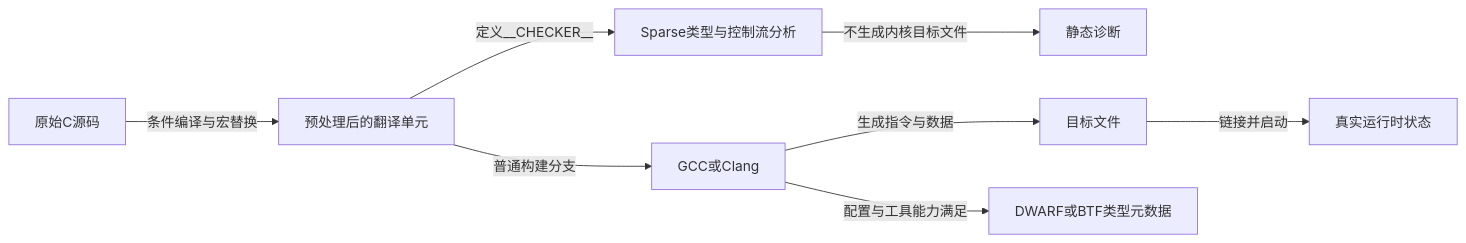
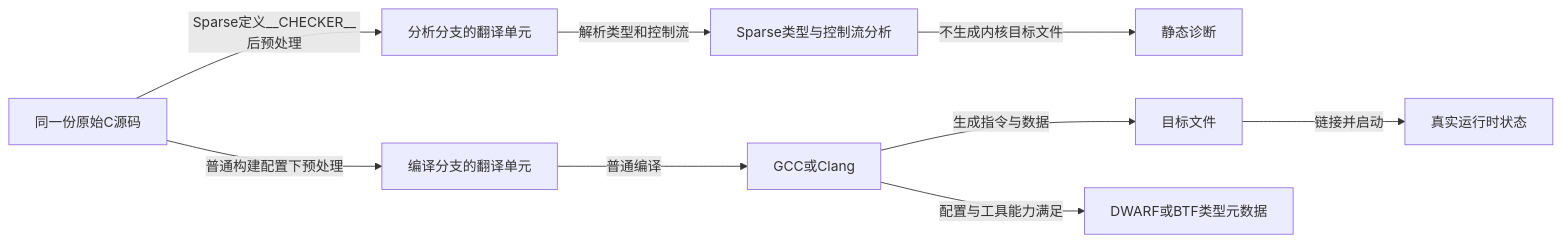
Before and after one commit to FormingSystem/linux_note: the first of 2 diagrams in knowledge/foundations/c_language/kernel_static_annotations/P01_同一份源码怎样面对多个消费者.md, drawn with Mermaid. The commit also changed other lines of this file and 20 other files, not shown here.

````diff
--- a/knowledge/foundations/c_language/kernel_static_annotations/P01_同一份源码怎样面对多个消费者.md
+++ b/knowledge/foundations/c_language/kernel_static_annotations/P01_同一份源码怎样面对多个消费者.md
@@ -86,10 +93,11 @@
 ```mermaid
 flowchart LR
-    S["原始C源码"] -->|"条件编译与宏替换"| P["预处理后的翻译单元"]
-    P -->|"定义__CHECKER__"| SP["Sparse类型与控制流分析"]
+    S["同一份原始C源码"] -->|"Sparse定义__CHECKER__后预处理"| PS["分析分支的翻译单元"]
+    PS -->|"解析类型和控制流"| SP["Sparse类型与控制流分析"]
     SP -->|"不生成内核目标文件"| W["静态诊断"]
-    P -->|"普通构建分支"| CC["GCC或Clang"]
+    S -->|"普通构建配置下预处理"| PC["编译分支的翻译单元"]
+    PC -->|"普通编译"| CC["GCC或Clang"]
     CC -->|"生成指令与数据"| O["目标文件"]
     CC -->|"配置与工具能力满足"| M["DWARF或BTF类型元数据"]
     O -->|"链接并启动"| R["真实运行时状态"]
 ```
````
